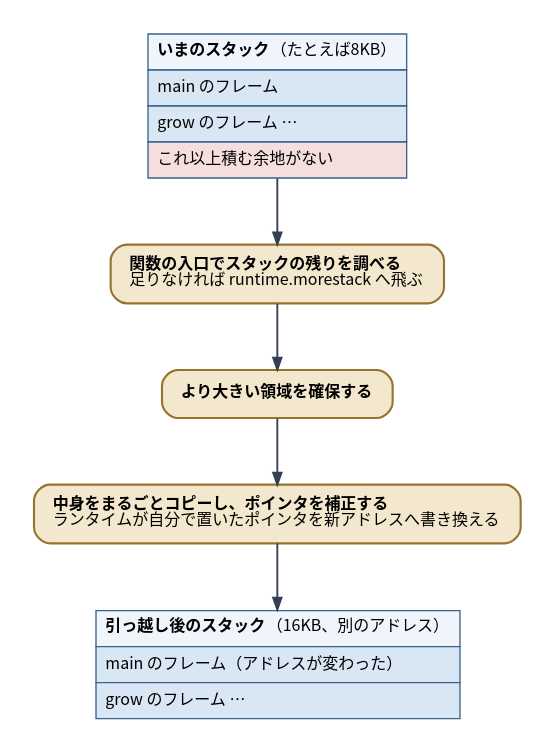
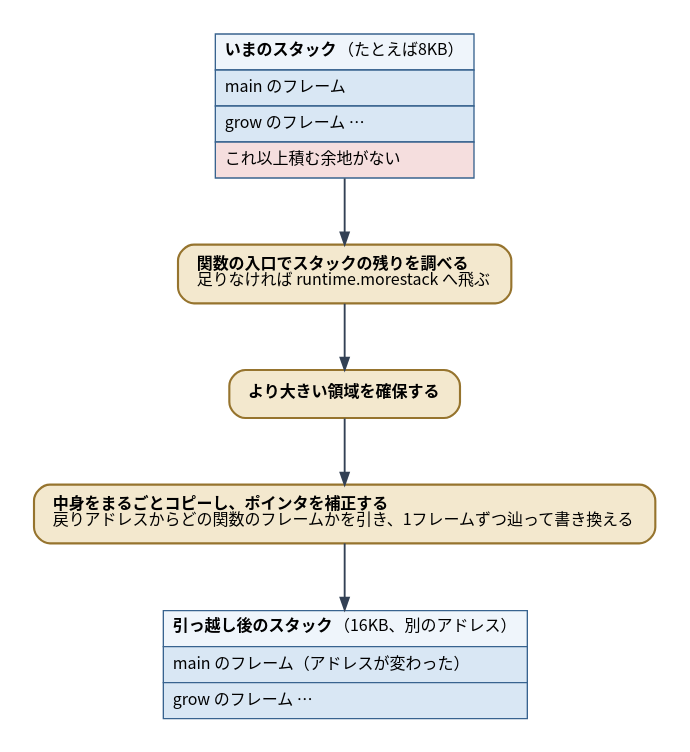
Before and after one commit to ymotongpoo/zenn.dev: the diagram in diagrams/20260820-go-ebpf-instrumentation/20260820-stack-move.dot, drawn with Graphviz. The commit also changed 11 other files, not shown here.

```diff
--- a/diagrams/20260820-go-ebpf-instrumentation/20260820-stack-move.dot
+++ b/diagrams/20260820-go-ebpf-instrumentation/20260820-stack-move.dot
@@ -1,46 +1,46 @@
 // goroutineのスタックが引っ越す手順
 digraph stack_move {
   graph [
     fontname="Harano Aji Gothic,Noto Sans CJK JP,IPAGothic", fontsize=13,
     rankdir=TB, compound=true, splines=true,
     nodesep=0.5, ranksep=0.7, pad=0.25,
     bgcolor="white", newrank=true
   ];
   node [
     fontname="Harano Aji Gothic,Noto Sans CJK JP,IPAGothic", fontsize=12,
     shape=box, style="rounded,filled",
     fillcolor="#F1F5F9", color="#475569", penwidth=1.6,
     margin="0.2,0.14"
   ];
   edge [
     fontname="Harano Aji Gothic,Noto Sans CJK JP,IPAGothic", fontsize=11,
     color="#334155", penwidth=1.4, arrowsize=0.9,
     fontcolor="#1E293B"
   ];
 
   before [shape=plain, style="", label=<
     <table border="0" cellborder="1" cellspacing="0" cellpadding="6" color="#38638F">
       <tr><td align="left" bgcolor="#EFF5FB"><b>いまのスタック</b>（たとえば8KB）</td></tr>
       <tr><td align="left" bgcolor="#D9E7F4">main のフレーム</td></tr>
       <tr><td align="left" bgcolor="#D9E7F4">grow のフレーム …</td></tr>
       <tr><td align="left" bgcolor="#F5DEDE">これ以上積む余地がない</td></tr>
     </table>>];
 
   check [label=<<b>関数の入口でスタックの残りを調べる</b><br align="left"/>足りなければ runtime.morestack へ飛ぶ<br align="left"/>>,
          fillcolor="#F3E8CE", color="#96742E"];
   alloc [label=<<b>より大きい領域を確保する</b>>, fillcolor="#F3E8CE", color="#96742E"];
-  copy [label=<<b>中身をまるごとコピーし、ポインタを補正する</b><br align="left"/>ランタイムが自分で置いたポインタを新アドレスへ書き換える<br align="left"/>>,
+  copy [label=<<b>中身をまるごとコピーし、ポインタを補正する</b><br align="left"/>戻りアドレスからどの関数のフレームかを引き、1フレームずつ辿って書き換える<br align="left"/>>,
         fillcolor="#F3E8CE", color="#96742E"];
 
   after [shape=plain, style="", label=<
     <table border="0" cellborder="1" cellspacing="0" cellpadding="6" color="#38638F">
       <tr><td align="left" bgcolor="#EFF5FB"><b>引っ越し後のスタック</b>（16KB、別のアドレス）</td></tr>
       <tr><td align="left" bgcolor="#D9E7F4">main のフレーム（アドレスが変わった）</td></tr>
       <tr><td align="left" bgcolor="#D9E7F4">grow のフレーム …</td></tr>
     </table>>];
 
   before -> check;
   check -> alloc;
   alloc -> copy;
   copy -> after;
 }
```
